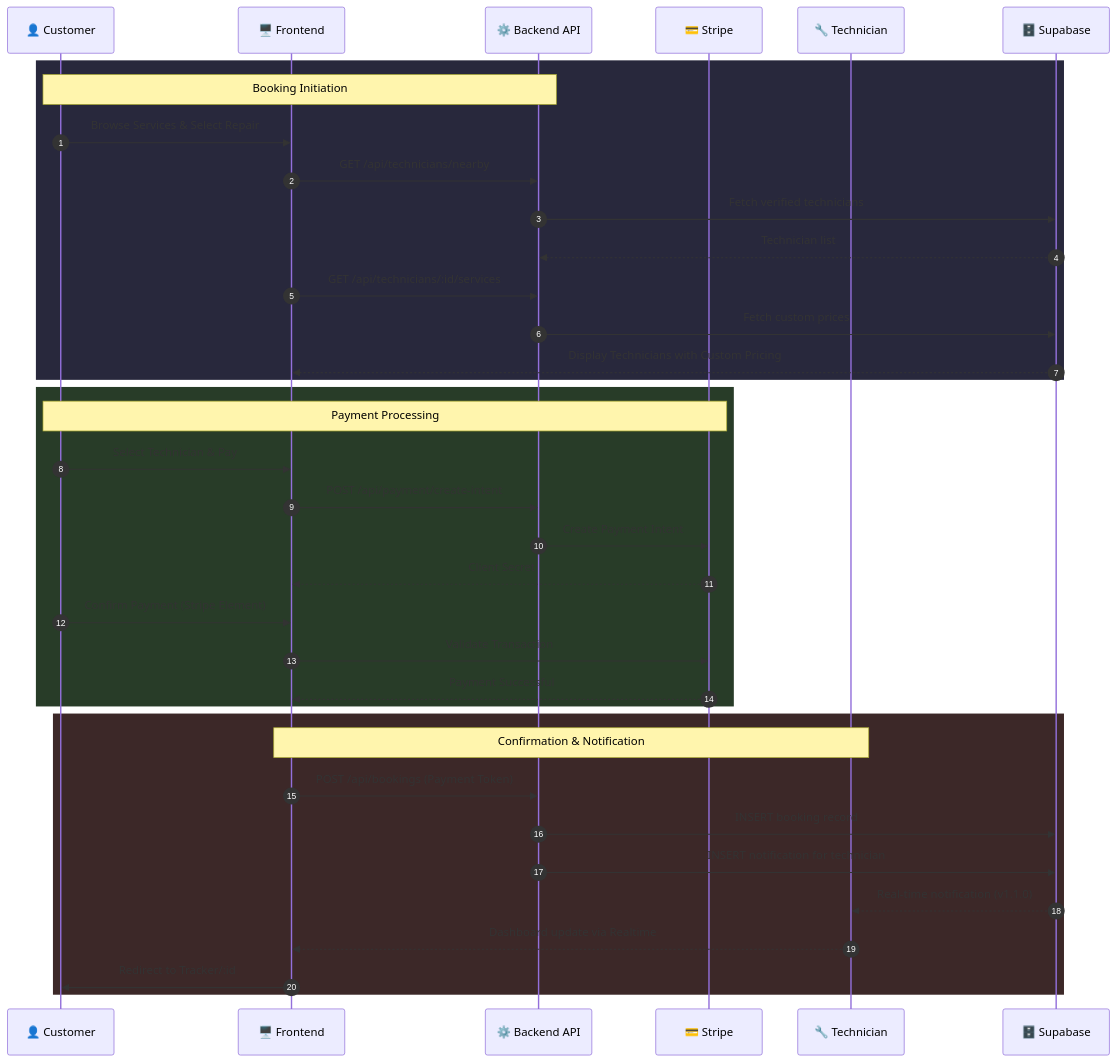
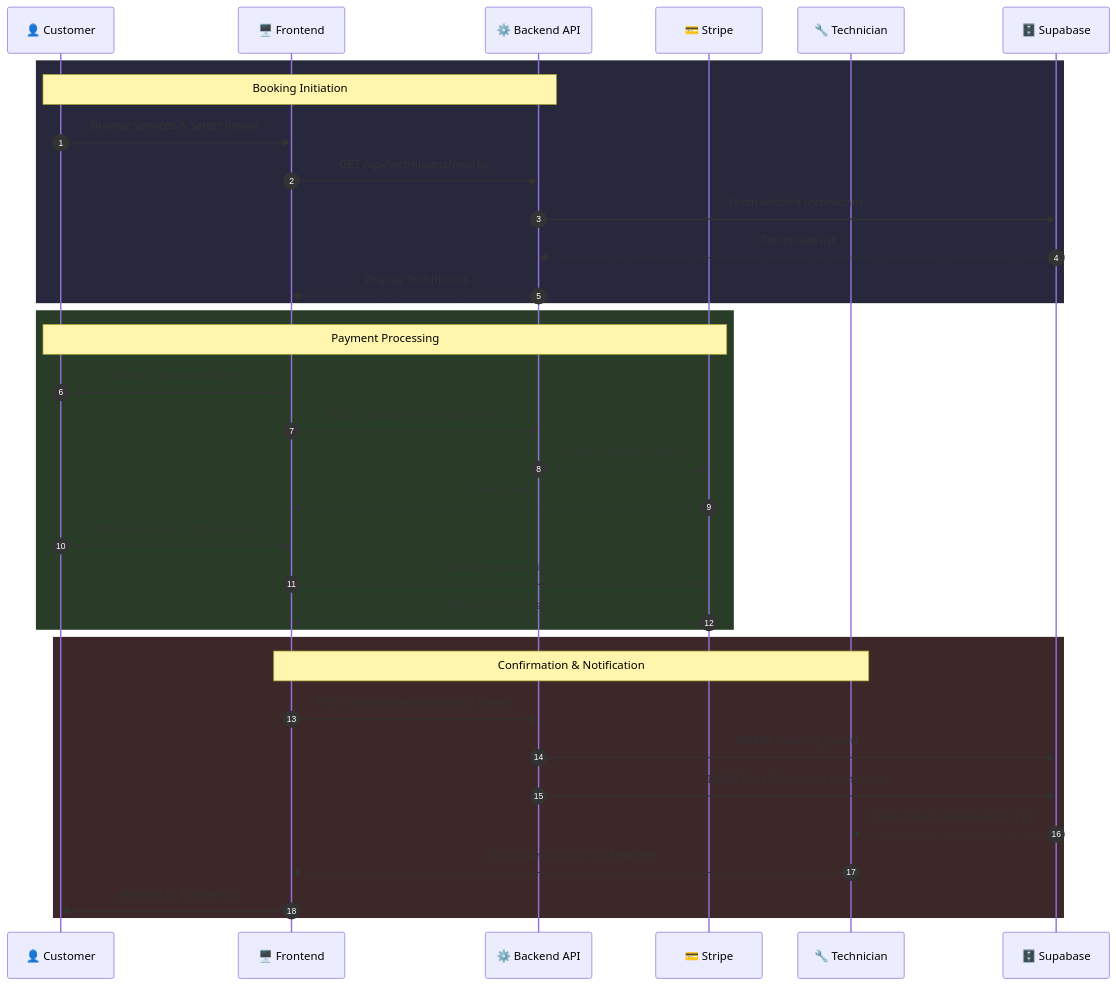
The fourth of 15 diagrams in README.md (Irchika774/Tech-Care_official), drawn with Mermaid before and after one commit. The commit also changed other lines of this file and 8 other files, not shown here.

Commit message:
release(v2.5.0): Schema simplification, codebase cleanup & documentation sync

````diff
--- a/README.md
+++ b/README.md
@@ -363,42 +344,40 @@
 ```mermaid
 sequenceDiagram
     autonumber
     participant C as 👤 Customer
     participant F as 🖥️ Frontend
     participant API as ⚙️ Backend API
     participant STR as 💳 Stripe
     participant T as 🔧 Technician
     participant DB as 🗄️ Supabase
 
     rect rgb(40, 40, 60)
         Note over C,API: Booking Initiation
         C->>F: Browse Services & Select Repair
         F->>API: GET /api/technicians/nearby
         API->>DB: Fetch verified technicians
         DB-->>API: Technician list
-        F->>API: GET /api/technicians/:id/services
-        API->>DB: Fetch custom prices
-        DB-->>F: Display Technicians with Custom Pricing
+        API-->>F: Display Technicians
     end
 
     rect rgb(40, 60, 40)
         Note over C,STR: Payment Processing
         C->>F: Select Technician & Pay
         F->>API: POST /api/payment/create-intent
         API->>STR: Create Payment Intent
         STR-->>F: Client Secret
         C->>F: Confirm Payment (Stripe Element)
         F->>STR: Validate Transaction
         STR-->>F: Payment Successful
     end
 
     rect rgb(60, 40, 40)
         Note over F,T: Confirmation & Notification
         F->>API: POST /api/bookings (Payment Token)
         API->>DB: INSERT booking record
         API->>DB: INSERT notification for technician
         DB-->>T: Real-time notification (v1.1.0)
         T-->>F: Dashboard update via Realtime
         F->>C: Redirect to Tracker/:id
     end
 ```
````
